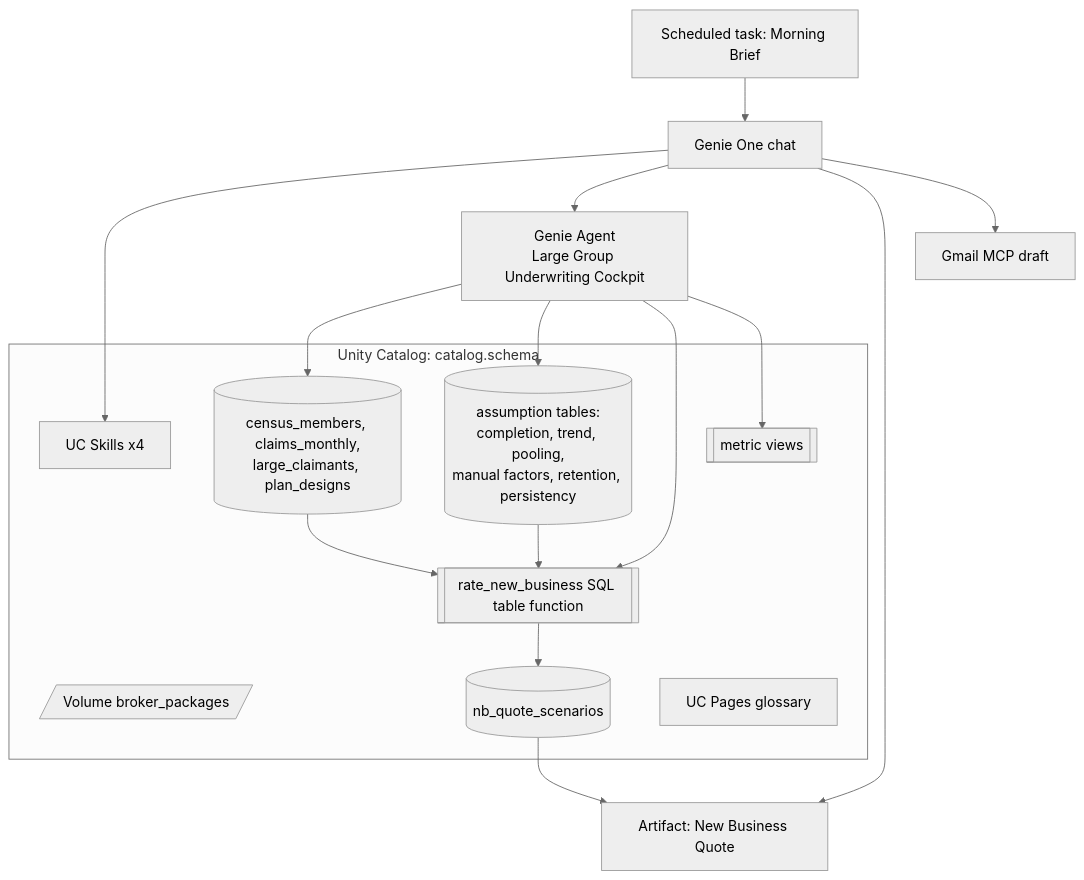
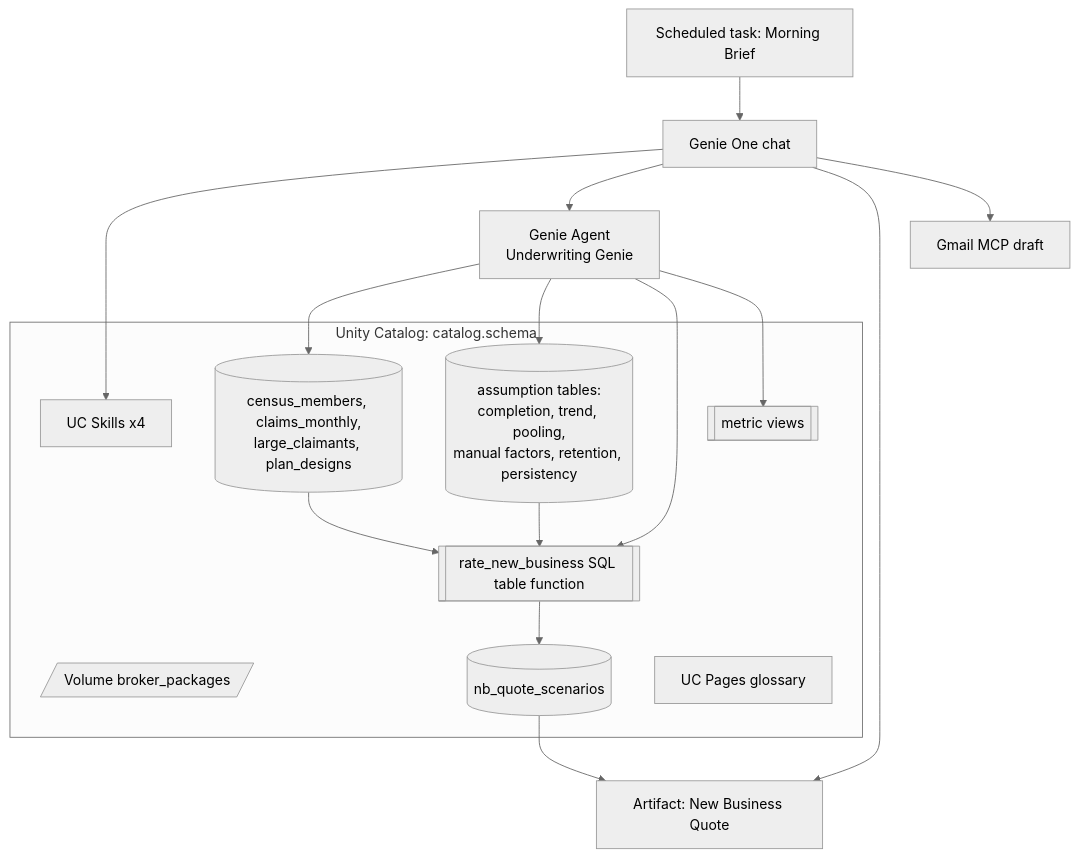
One commit to mkgs-databricks-demos/underwritingGenie changed the diagram in docs/diagrams/mermaid/03_demo_architecture.md. Above: the diagram before and after it, drawn with Mermaid (neutral theme). The commit also changed 30 other files, not shown here.

First line of the commit message:
Naming sweep: Underwriting Cockpit → Underwriting Genie

````diff
--- a/docs/diagrams/mermaid/03_demo_architecture.md
+++ b/docs/diagrams/mermaid/03_demo_architecture.md
@@ -3,20 +3,20 @@
 ```mermaid
 flowchart TB
   subgraph UC[Unity Catalog: catalog.schema]
     V[/Volume broker_packages/]
     T1[(census_members, claims_monthly,<br/>large_claimants, plan_designs)]
     T2[(assumption tables:<br/>completion, trend, pooling,<br/>manual factors, retention, persistency)]
     FN[[rate_new_business SQL table function]]
     SC[(nb_quote_scenarios)]
     MV[[metric views]]
     PG[UC Pages glossary]
     SK[UC Skills x4]
   end
-  GA[Genie Agent<br/>Large Group Underwriting Cockpit] --> T1 & T2 & FN & MV
+  GA[Genie Agent<br/>Underwriting Genie] --> T1 & T2 & FN & MV
   G1[Genie One chat] --> SK
   G1 --> GA
   G1 --> ART[Artifact: New Business Quote]
   G1 --> GM[Gmail MCP draft]
   ST[Scheduled task: Morning Brief] --> G1
   T1 & T2 --> FN --> SC --> ART
 ```
````
